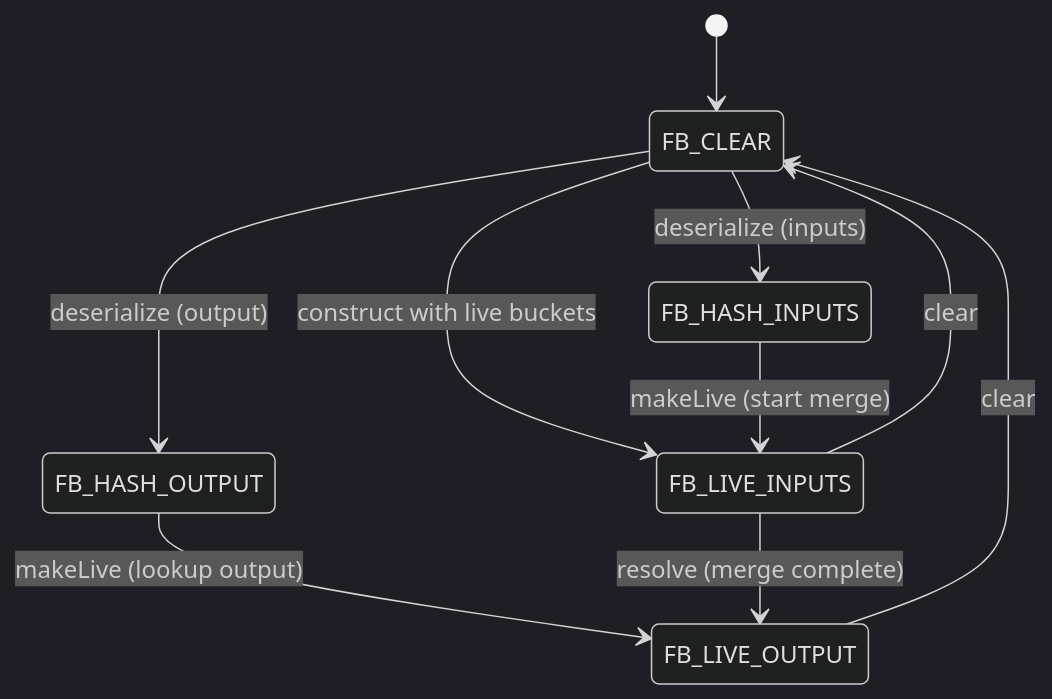
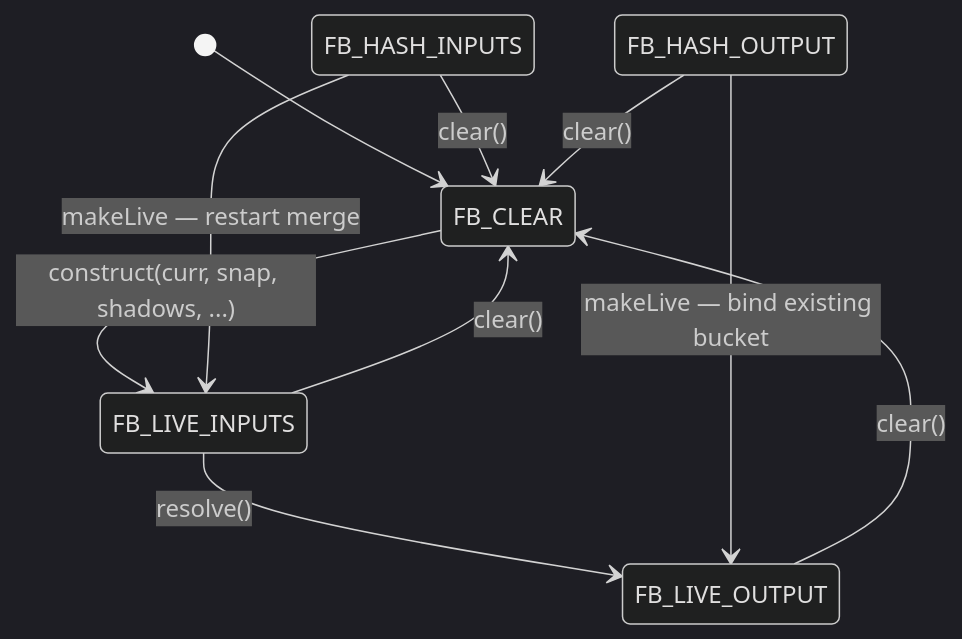
The second of 3 diagrams in BUCKETLISTDB_SPEC.md (stellar-experimental/stellar-spec), drawn with Mermaid (dark theme) before and after one commit. The commit also changed other lines of this file and 7 other files, not shown here.

````diff
--- a/BUCKETLISTDB_SPEC.md
+++ b/BUCKETLISTDB_SPEC.md
@@ -2044,12 +744,12 @@
 ```mermaid
 stateDiagram-v2
     [*] --> FB_CLEAR
-    FB_CLEAR --> FB_LIVE_INPUTS : construct with live buckets
-    FB_CLEAR --> FB_HASH_INPUTS : deserialize (inputs)
-    FB_CLEAR --> FB_HASH_OUTPUT : deserialize (output)
-    FB_HASH_INPUTS --> FB_LIVE_INPUTS : makeLive (start merge)
-    FB_HASH_OUTPUT --> FB_LIVE_OUTPUT : makeLive (lookup output)
-    FB_LIVE_INPUTS --> FB_LIVE_OUTPUT : resolve (merge complete)
-    FB_LIVE_OUTPUT --> FB_CLEAR : clear
-    FB_LIVE_INPUTS --> FB_CLEAR : clear
+    FB_CLEAR --> FB_LIVE_INPUTS: construct(curr, snap, shadows, ...)
+    FB_LIVE_INPUTS --> FB_LIVE_OUTPUT: resolve()
+    FB_HASH_INPUTS --> FB_LIVE_INPUTS: makeLive — restart merge
+    FB_HASH_OUTPUT --> FB_LIVE_OUTPUT: makeLive — bind existing bucket
+    FB_LIVE_OUTPUT --> FB_CLEAR: clear()
+    FB_LIVE_INPUTS --> FB_CLEAR: clear()
+    FB_HASH_INPUTS --> FB_CLEAR: clear()
+    FB_HASH_OUTPUT --> FB_CLEAR: clear()
 ```
````
